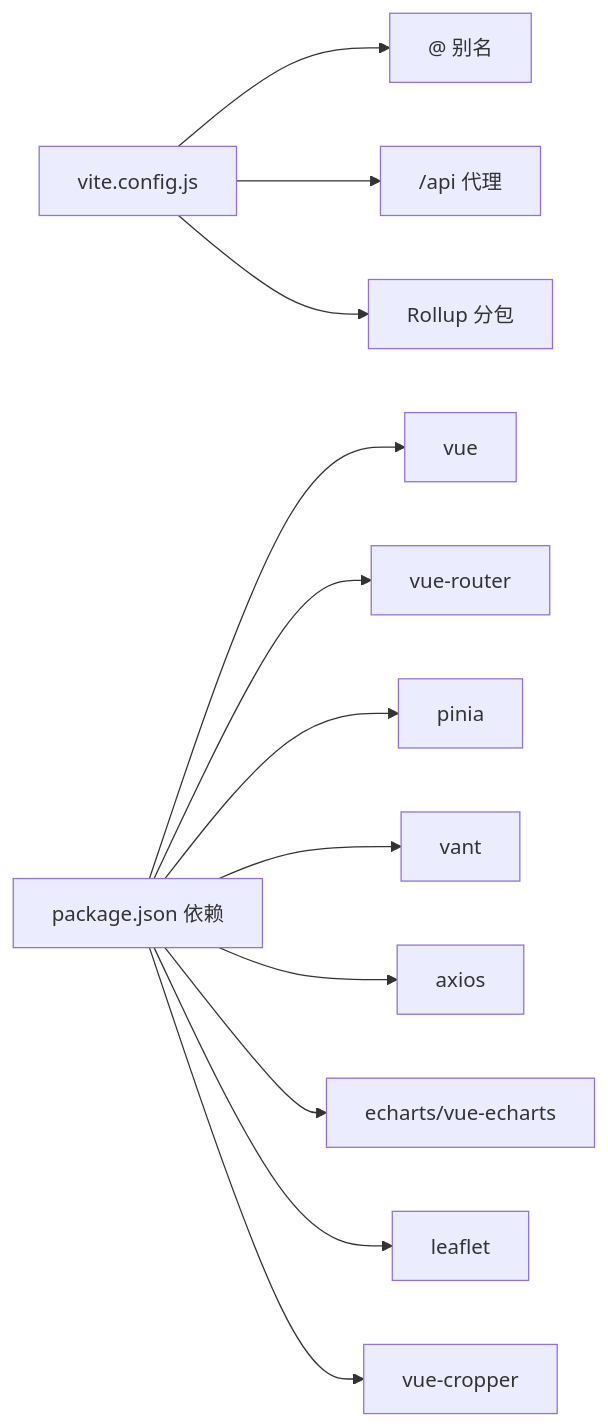
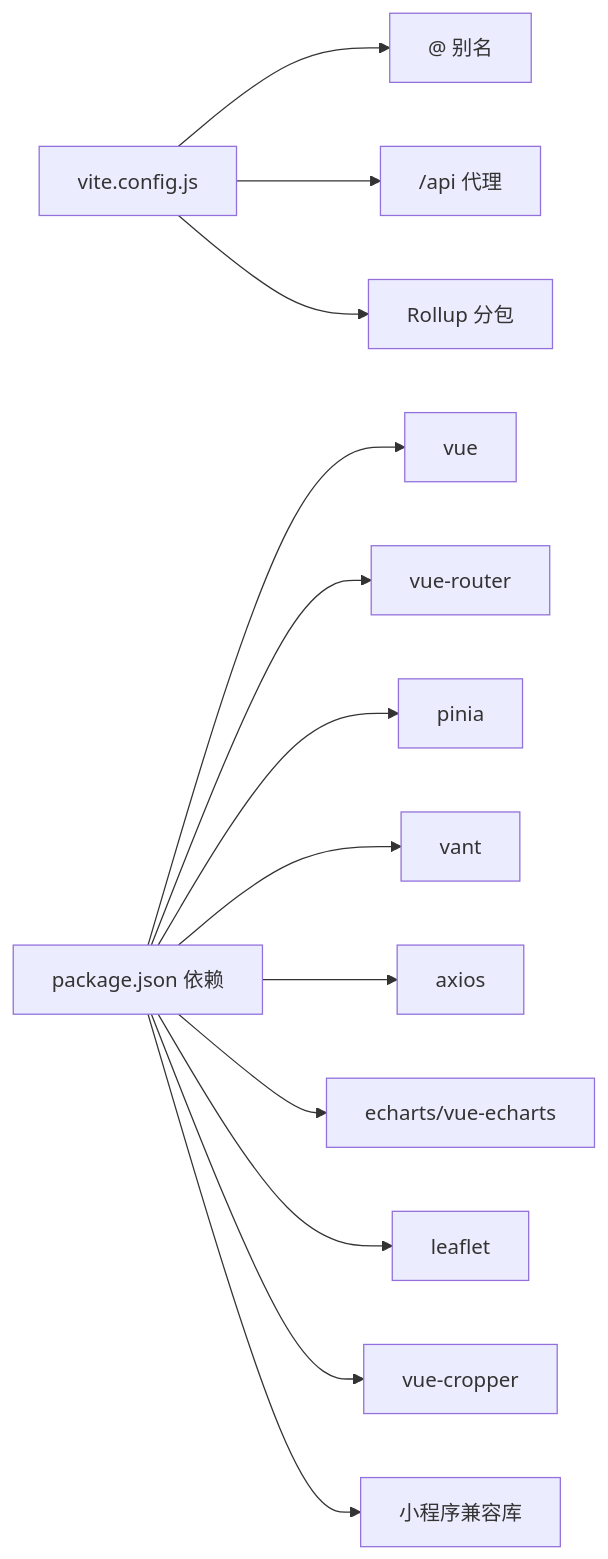
The sixth of 6 diagrams in .qoder/repowiki/zh/content/前端应用架构/前端应用架构.md (Giraffe-Han/microAPP), drawn with Mermaid before and after one commit. The commit also changed other lines of this file and 8 other files, not shown here.

Commit message:
update: 医疗配送图标改为红底白十字，金刚区医疗配送与服务评价位置互换

````diff
--- a/.qoder/repowiki/zh/content/前端应用架构/前端应用架构.md
+++ b/.qoder/repowiki/zh/content/前端应用架构/前端应用架构.md
@@ -374,14 +440,15 @@
 ```mermaid
 graph LR
 Vite["vite.config.js"] --> Alias["@ 别名"]
 Vite --> Proxy["/api 代理"]
 Vite --> Build["Rollup 分包"]
 Deps["package.json 依赖"] --> Vue["vue"]
 Deps --> Router["vue-router"]
 Deps --> Pinia["pinia"]
 Deps --> Vant["vant"]
 Deps --> Axios["axios"]
 Deps --> ECharts["echarts/vue-echarts"]
 Deps --> Leaflet["leaflet"]
 Deps --> Cropper["vue-cropper"]
+Deps --> MiniProgram["小程序兼容库"]
 ```
````
